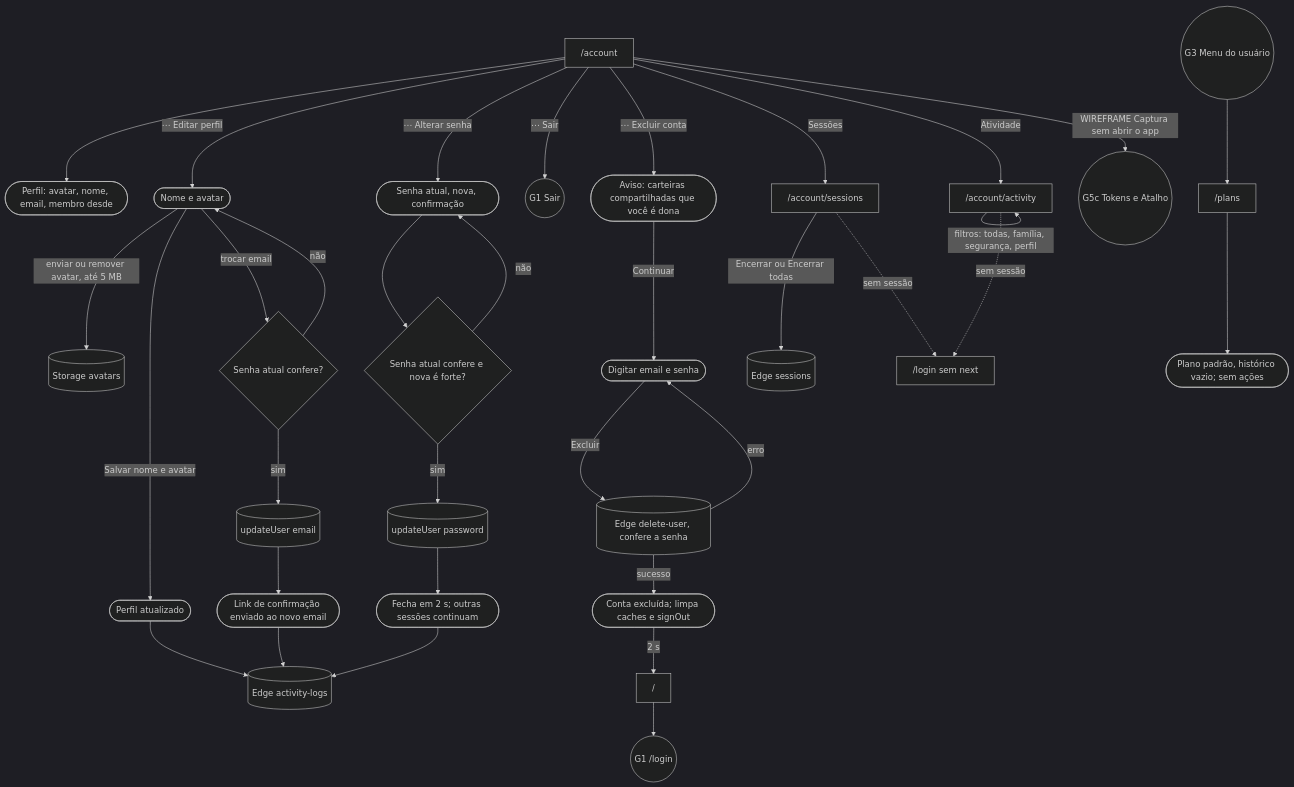
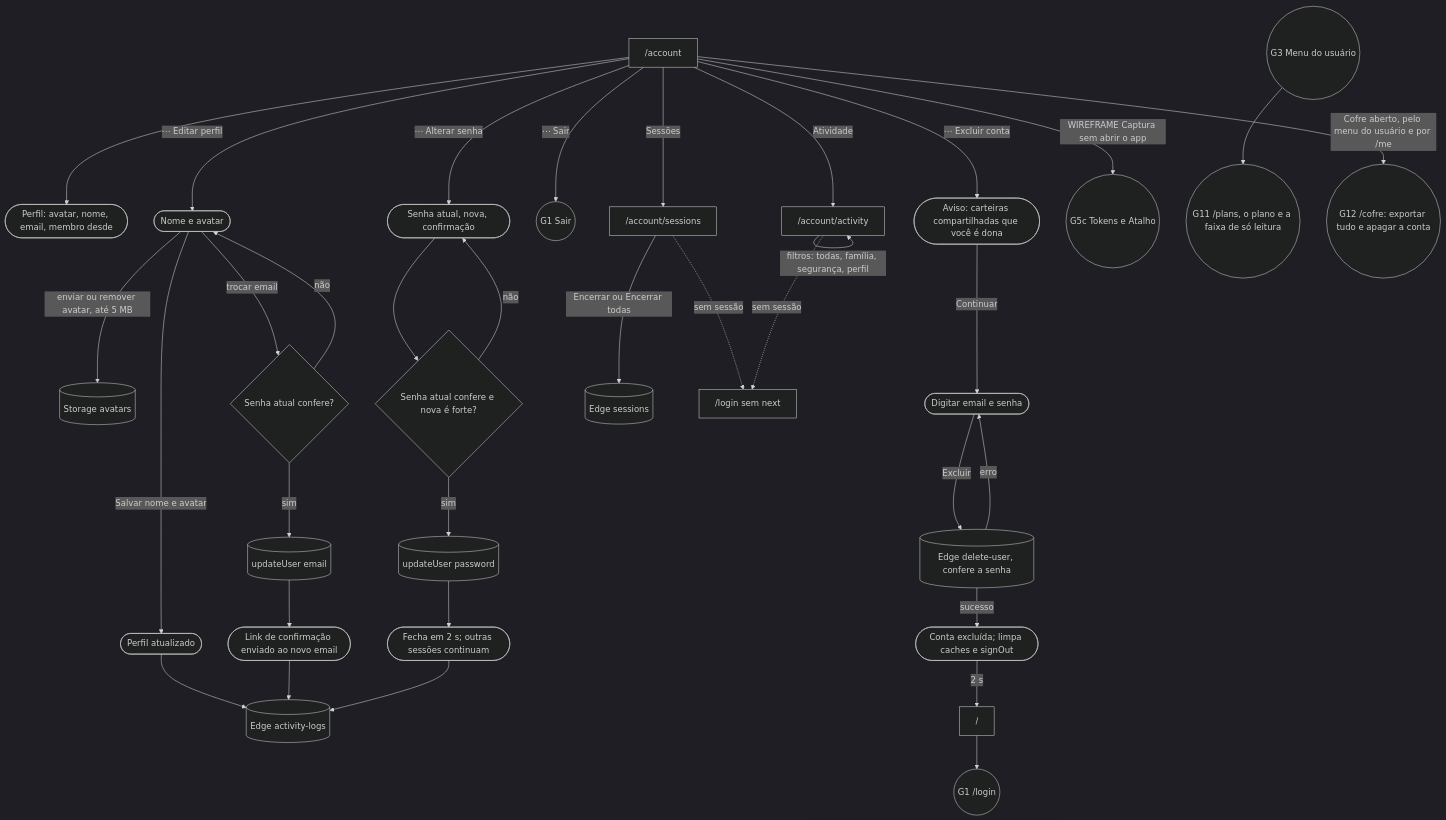
Before and after one commit to kauax2000/finance_app: diagram 15 of 17 in docs/JORNADAS.md, drawn with Mermaid. The commit also changed other lines of this file and 6 other files, not shown here.

````diff
--- a/docs/JORNADAS.md
+++ b/docs/JORNADAS.md
@@ -1012,38 +1034,38 @@
 ```mermaid
 %%{init: {"theme": "dark"}}%%
 flowchart TD
     account["/account"] --> card(["Perfil: avatar, nome, email, membro desde"])
     account -->|"⋯ Editar perfil"| profile(["Nome e avatar"])
     profile -->|"enviar ou remover avatar, até 5 MB"| storage[("Storage avatars")]
     profile -->|"Salvar nome e avatar"| profileOk(["Perfil atualizado"])
     profile -->|"trocar email"| emailPwd{"Senha atual confere?"}
     emailPwd -->|"não"| profile
     emailPwd -->|"sim"| emailUpd[("updateUser email")] --> emailSent(["Link de confirmação enviado ao novo email"])
     profileOk --> log[("Edge activity-logs")]
     emailSent --> log
 
     account -->|"⋯ Alterar senha"| pwd(["Senha atual, nova, confirmação"])
     pwd --> pwdCheck{"Senha atual confere e nova é forte?"}
     pwdCheck -->|"não"| pwd
     pwdCheck -->|"sim"| pwdUpd[("updateUser password")] --> pwdOk(["Fecha em 2 s; outras sessões continuam"])
     pwdOk --> log
 
     account -->|"⋯ Sair"| G1(("G1 Sair"))
     account -->|"⋯ Excluir conta"| warn(["Aviso: carteiras compartilhadas que você é dona"])
     warn -->|"Continuar"| confirmDel(["Digitar email e senha"])
     confirmDel -->|"Excluir"| delUser[("Edge delete-user, confere a senha")]
     delUser -->|"erro"| confirmDel
     delUser -->|"sucesso"| gone(["Conta excluída; limpa caches e signOut"]) -->|"2 s"| root["/"] --> login(("G1 /login"))
 
     account -->|"Sessões"| sessions["/account/sessions"]
     sessions -->|"Encerrar ou Encerrar todas"| sessFn[("Edge sessions")]
     sessions -.->|"sem sessão"| plainLogin["/login sem next"]
     account -->|"Atividade"| activity["/account/activity"]
     activity -->|"filtros: todas, família, segurança, perfil"| activity
     activity -.->|"sem sessão"| plainLogin
 
     account -->|"WIREFRAME Captura sem abrir o app"| capTok(("G5c Tokens e Atalho"))
 
-    userMenu(("G3 Menu do usuário")) --> plans["/plans"]
-    plans --> placeholder(["Plano padrão, histórico vazio; sem ações"])
+    userMenu(("G3 Menu do usuário")) --> plans(("G11 /plans, o plano e a faixa de só leitura"))
+    account -->|"Cofre aberto, pelo menu do usuário e por /me"| cofre(("G12 /cofre: exportar tudo e apagar a conta"))
 ```
````
